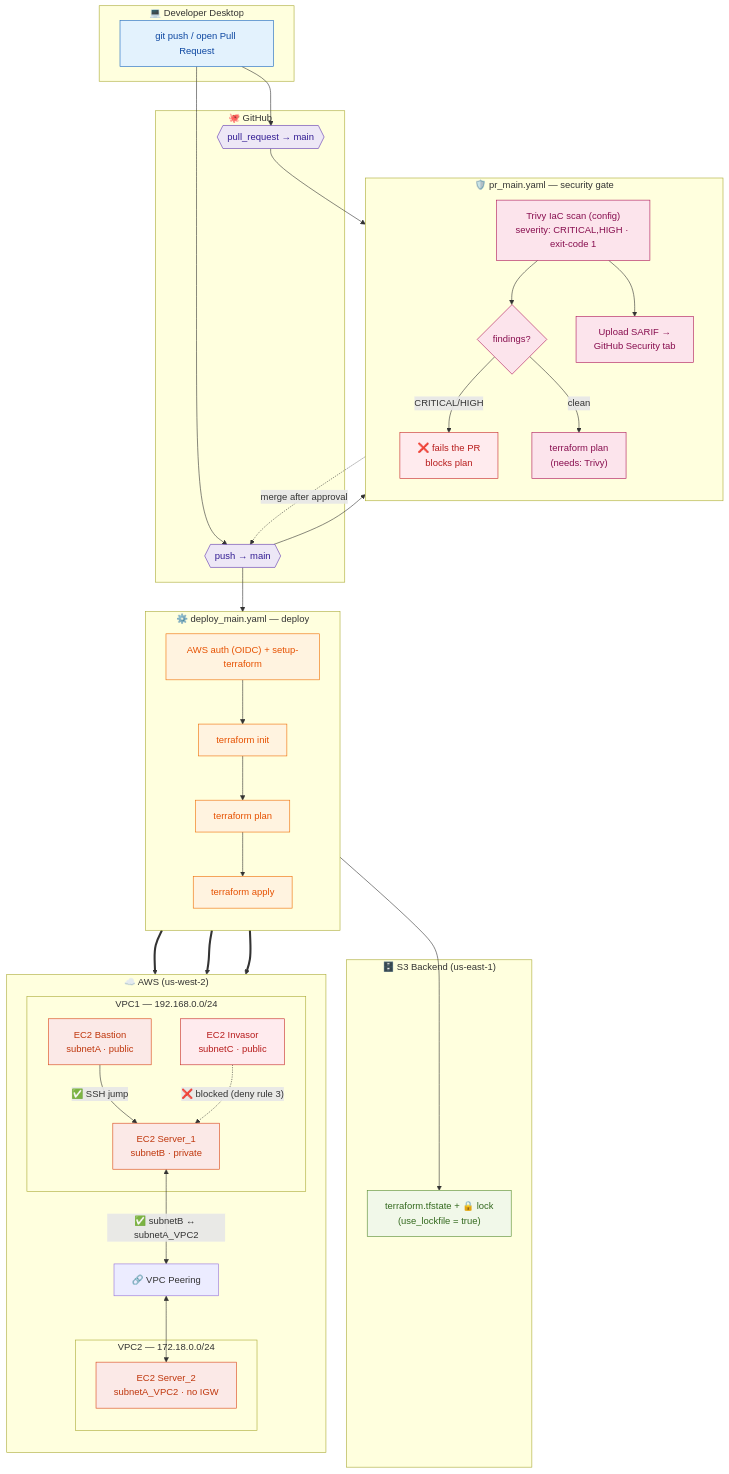
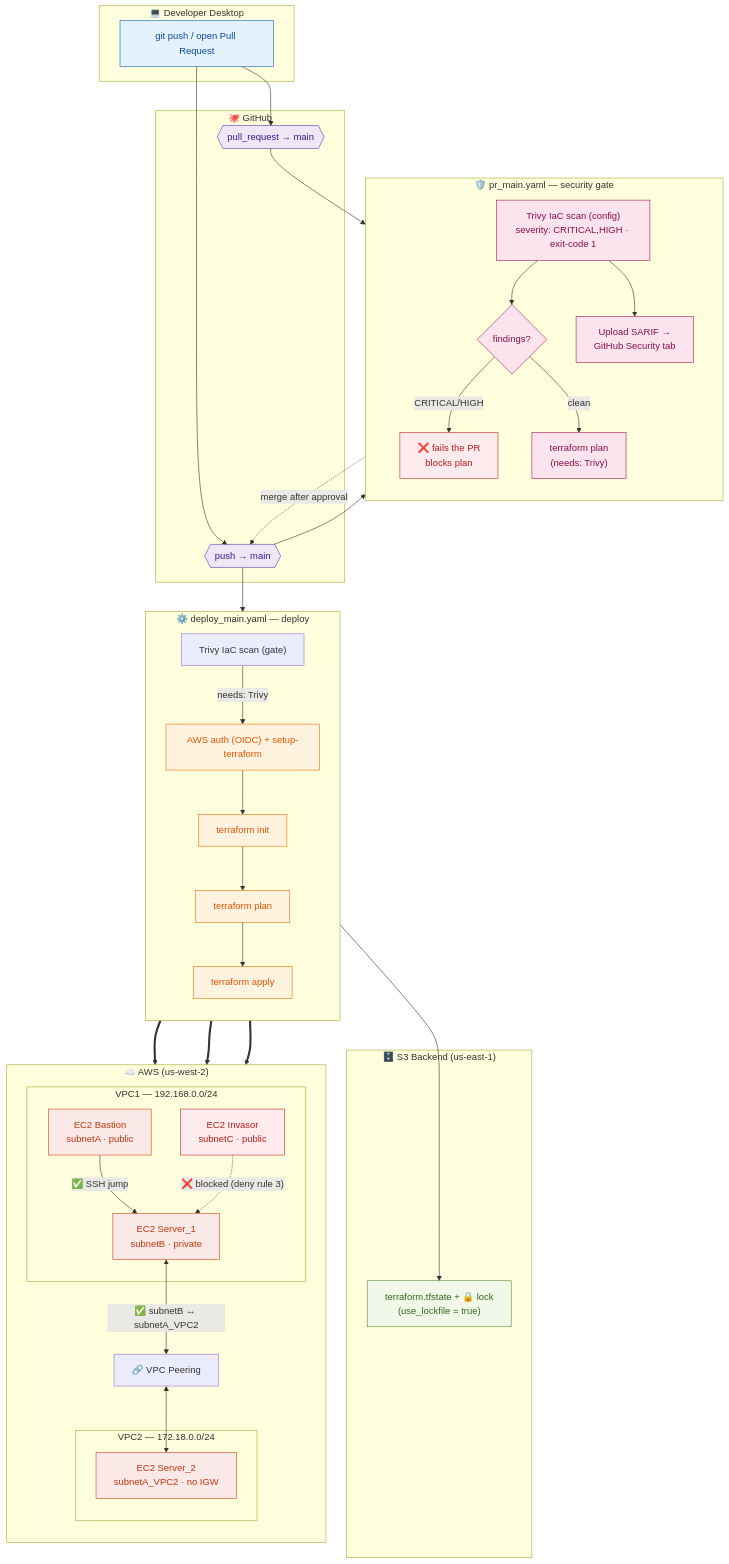
One commit to Theo-Panella/BastionHost_Project changed the diagram in README.md. Above: the diagram before and after it, drawn with Mermaid. The commit also changed other lines of this file, not shown here.

```diff
--- a/README.md
+++ b/README.md
@@ -50,11 +52,12 @@
     %% ===================== DEPLOY PIPELINE =====================
     subgraph WF["⚙️ deploy_main.yaml — deploy"]
         direction TB
+        dtrivy["Trivy IaC scan (gate)"]
         auth["AWS auth (OIDC) + setup-terraform"]
         tinit["terraform init"]
         tplan["terraform plan"]
         tapply["terraform apply"]
-        auth --> tinit --> tplan --> tapply
+        dtrivy -->|"needs: Trivy"| auth --> tinit --> tplan --> tapply
     end
 
     %% ===================== BACKEND / STATE =====================
```
